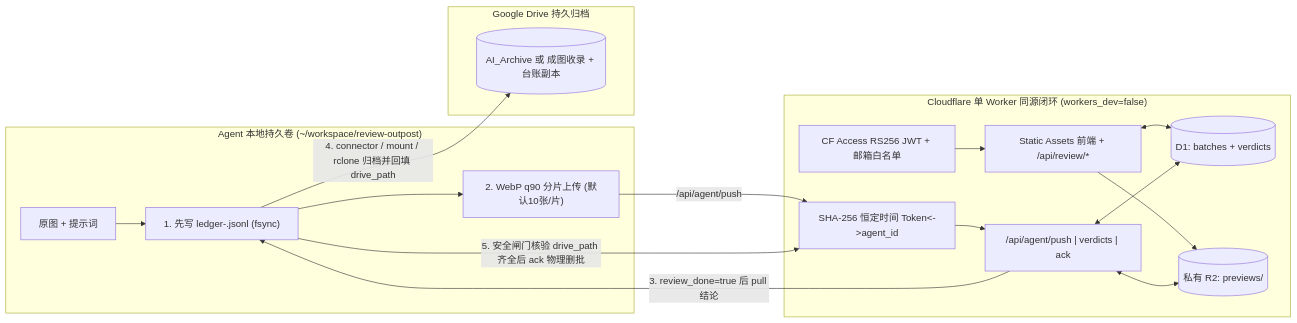
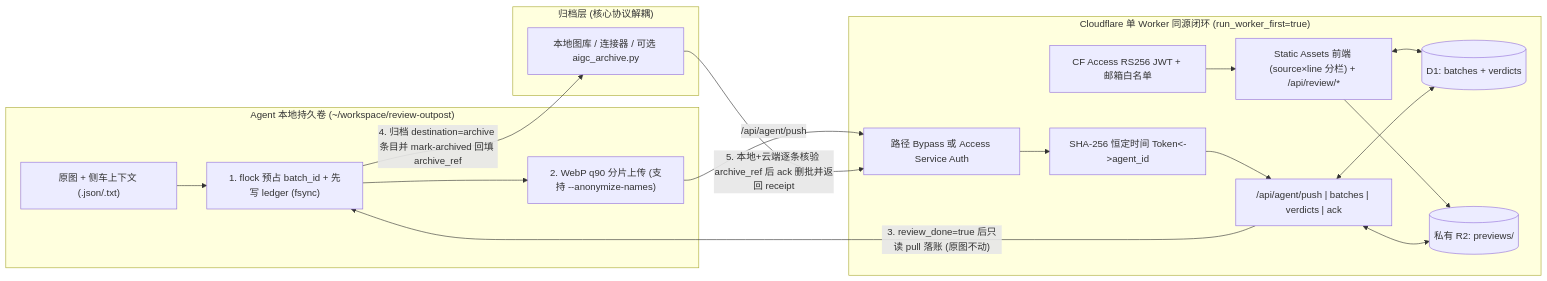
One commit to Daiobs/review-gallery changed the diagram in README.md. Above: the diagram before and after it, drawn with Mermaid. The commit also changed other lines of this file and 19 other files, not shown here.

````diff
--- a/README.md
+++ b/README.md
@@ -34,25 +82,26 @@
 ```mermaid
 flowchart LR
     subgraph Local["Agent 本地持久卷 (~/workspace/review-outpost)"]
-        Orig["原图 + 提示词"] --> Ledger["1. 先写 ledger-<agent_id>.jsonl (fsync)"]
-        Ledger --> WebP["2. WebP q90 分片上传 (默认10张/片)"]
+        Orig["原图 + 侧车上下文 (.json/.txt)"] --> Reserve["1. flock 预占 batch_id + 先写 ledger (fsync)"]
+        Reserve --> WebP["2. WebP q90 分片上传 (支持 --anonymize-names)"]
     end
 
-    subgraph CF["Cloudflare 单 Worker 同源闭环 (workers_dev=false)"]
-        Access["CF Access RS256 JWT + 邮箱白名单"] --> UI["Static Assets 前端 + /api/review/*"]
-        TokenAuth["SHA-256 恒定时间 Token<->agent_id"] --> AgentAPI["/api/agent/push | verdicts | ack"]
+    subgraph CF["Cloudflare 单 Worker 同源闭环 (run_worker_first=true)"]
+        Access["CF Access RS256 JWT + 邮箱白名单"] --> UI["Static Assets 前端 (source×line 分栏) + /api/review/*"]
+        EdgeAgent["路径 Bypass 或 Access Service Auth"] --> TokenAuth["SHA-256 恒定时间 Token<->agent_id"]
+        TokenAuth --> AgentAPI["/api/agent/push | batches | verdicts | ack"]
         UI <--> D1[("D1: batches + verdicts")]
         UI --> R2[("私有 R2: previews/")]
         AgentAPI <--> D1
         AgentAPI <--> R2
     end
 
-    subgraph Drive["Google Drive 持久归档"]
-        GDrive[("AI_Archive 或 成图收录 + 台账副本")]
+    subgraph Archive["归档层 (核心协议解耦)"]
+        Ref["本地图库 / 连接器 / 可选 aigc_archive.py"]
     end
 
-    WebP -->|"/api/agent/push"| TokenAuth
-    AgentAPI -->|"3. review_done=true 后 pull 结论"| Ledger
-    Ledger -->|"4. connector / mount / rclone 归档并回填 drive_path"| GDrive
-    Ledger -->|"5. 安全闸门核验 drive_path 齐全后 ack 物理删批"| TokenAuth
+    WebP -->|"/api/agent/push"| EdgeAgent
+    AgentAPI -->|"3. review_done=true 后只读 pull 落账 (原图不动)"| Reserve
+    Reserve -->|"4. 归档 destination=archive 条目并 mark-archived 回填 archive_ref"| Ref
+    Ref -->|"5. 本地+云端逐条核验 archive_ref 后 ack 删批并返回 receipt"| EdgeAgent
 ```
````
